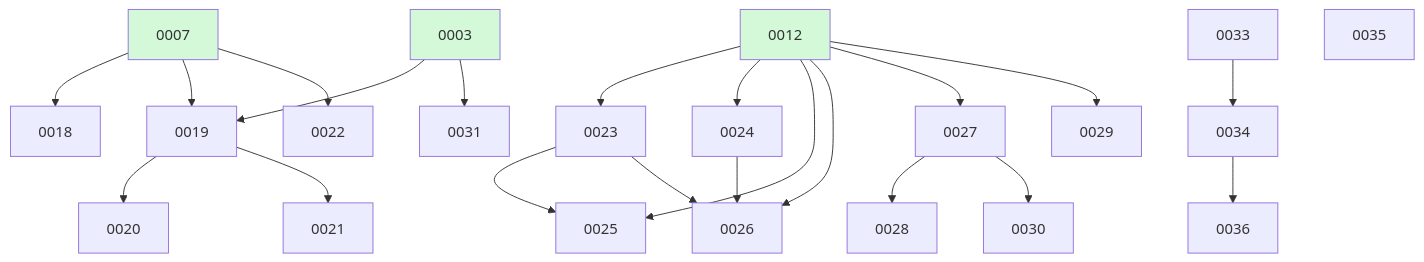
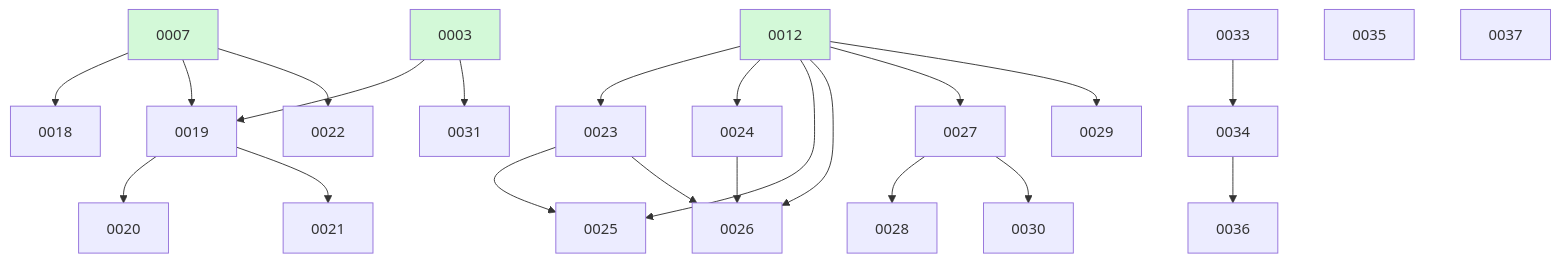
One commit to ethanhinson/fuse changed the diagram in docs/changes/BOARD.md. Above: the diagram before and after it, drawn with Mermaid. The commit also changed other lines of this file, not shown here.

````diff
--- a/docs/changes/BOARD.md
+++ b/docs/changes/BOARD.md
@@ -33,29 +34,30 @@
 ```mermaid
 graph TD
   0007 --> 0018
   0003 --> 0019
   0007 --> 0019
   0019 --> 0020
   0019 --> 0021
   0007 --> 0022
   0012 --> 0023
   0012 --> 0024
   0012 --> 0025
   0023 --> 0025
   0012 --> 0026
   0023 --> 0026
   0024 --> 0026
   0012 --> 0027
   0027 --> 0028
   0012 --> 0029
   0027 --> 0030
   0003 --> 0031
   0033
   0033 --> 0034
   0035
   0034 --> 0036
+  0037
   0003:::done
   0007:::done
   0012:::done
   classDef done fill:#d3f9d8;
 ```
````
